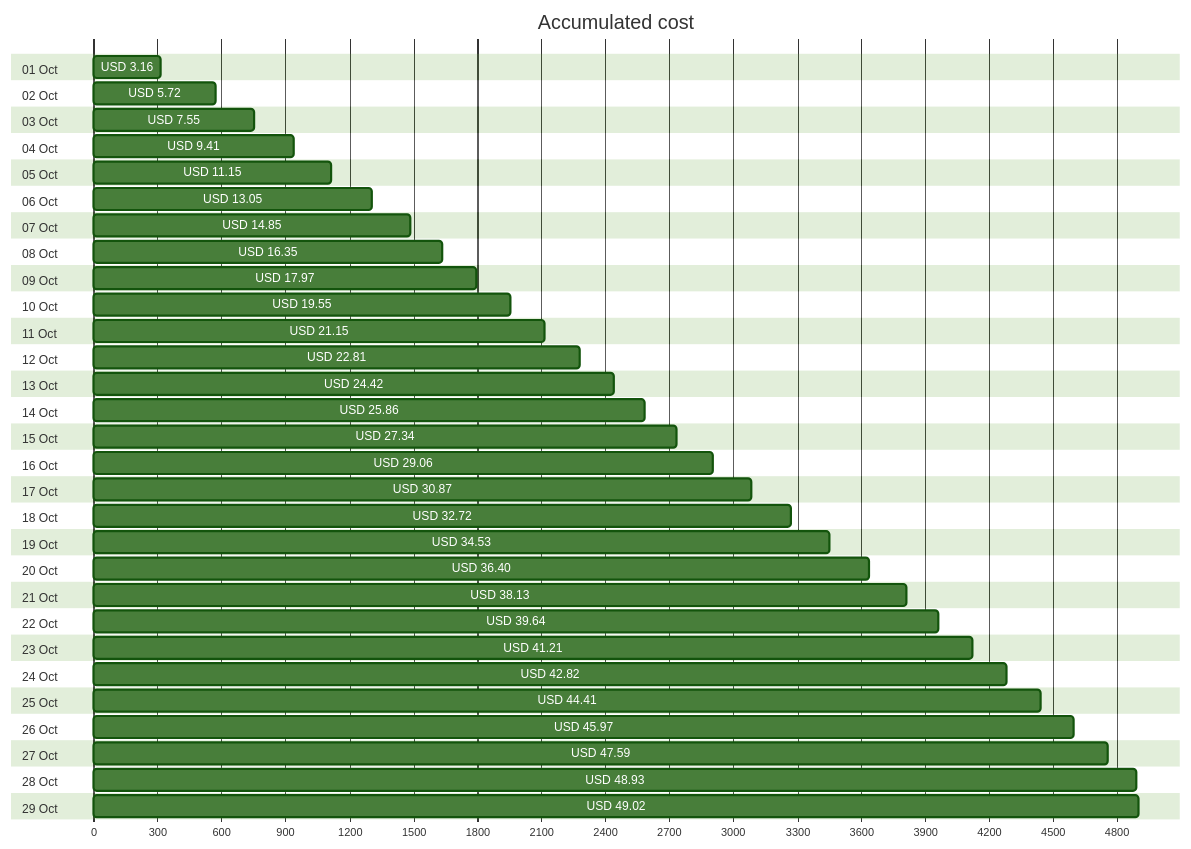
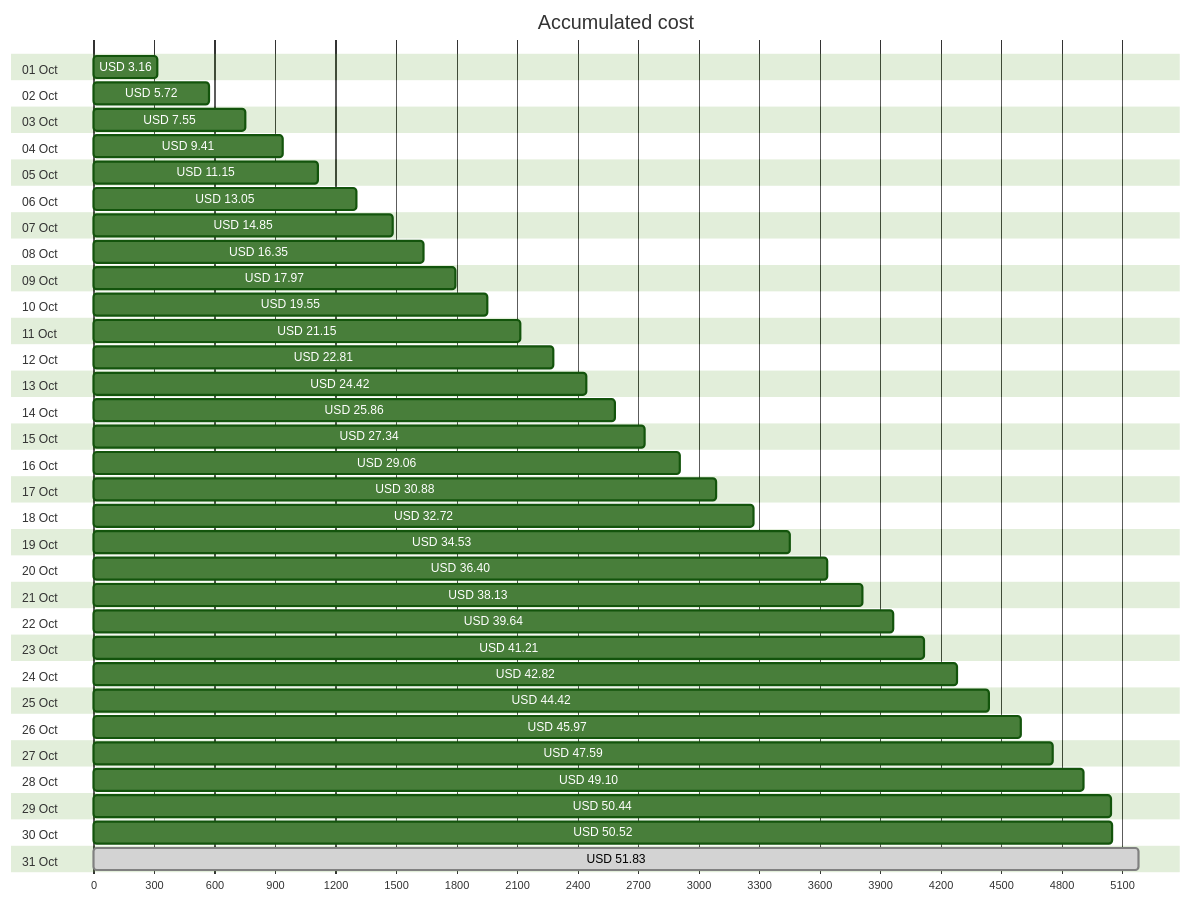
The first of 4 diagrams in cost-reports/personal-network/README.md (jpfulton/azure-personal-reports), drawn with Mermaid (forest theme) before and after one commit. The commit also changed other lines of this file and 8 other files, not shown here.

````diff
--- a/cost-reports/personal-network/README.md
+++ b/cost-reports/personal-network/README.md
@@ -20,64 +20,68 @@
 ```mermaid
 gantt
    title Accumulated cost
    dateFormat  X
    axisFormat %s
    section 01 Oct
    USD 3.16 :0, 316
    section 02 Oct
    USD 5.72 :0, 572
    section 03 Oct
    USD 7.55 :0, 755
    section 04 Oct
    USD 9.41 :0, 941
    section 05 Oct
    USD 11.15 :0, 1115
    section 06 Oct
    USD 13.05 :0, 1305
    section 07 Oct
    USD 14.85 :0, 1485
    section 08 Oct
    USD 16.35 :0, 1635
    section 09 Oct
    USD 17.97 :0, 1797
    section 10 Oct
    USD 19.55 :0, 1955
    section 11 Oct
    USD 21.15 :0, 2115
    section 12 Oct
    USD 22.81 :0, 2281
    section 13 Oct
    USD 24.42 :0, 2442
    section 14 Oct
    USD 25.86 :0, 2586
    section 15 Oct
    USD 27.34 :0, 2734
    section 16 Oct
    USD 29.06 :0, 2906
    section 17 Oct
-   USD 30.87 :0, 3087
+   USD 30.88 :0, 3088
    section 18 Oct
    USD 32.72 :0, 3272
    section 19 Oct
    USD 34.53 :0, 3453
    section 20 Oct
    USD 36.40 :0, 3640
    section 21 Oct
    USD 38.13 :0, 3813
    section 22 Oct
    USD 39.64 :0, 3964
    section 23 Oct
    USD 41.21 :0, 4121
    section 24 Oct
    USD 42.82 :0, 4282
    section 25 Oct
-   USD 44.41 :0, 4441
+   USD 44.42 :0, 4442
    section 26 Oct
    USD 45.97 :0, 4597
    section 27 Oct
    USD 47.59 :0, 4759
    section 28 Oct
-   USD 48.93 :0, 4893
+   USD 49.10 :0, 4910
    section 29 Oct
-   USD 49.02 :0, 4902
+   USD 50.44 :0, 5044
+   section 30 Oct
+   USD 50.52 :0, 5052
+   section 31 Oct
+   USD 51.83 : done, 0, 5183
 ```
````
